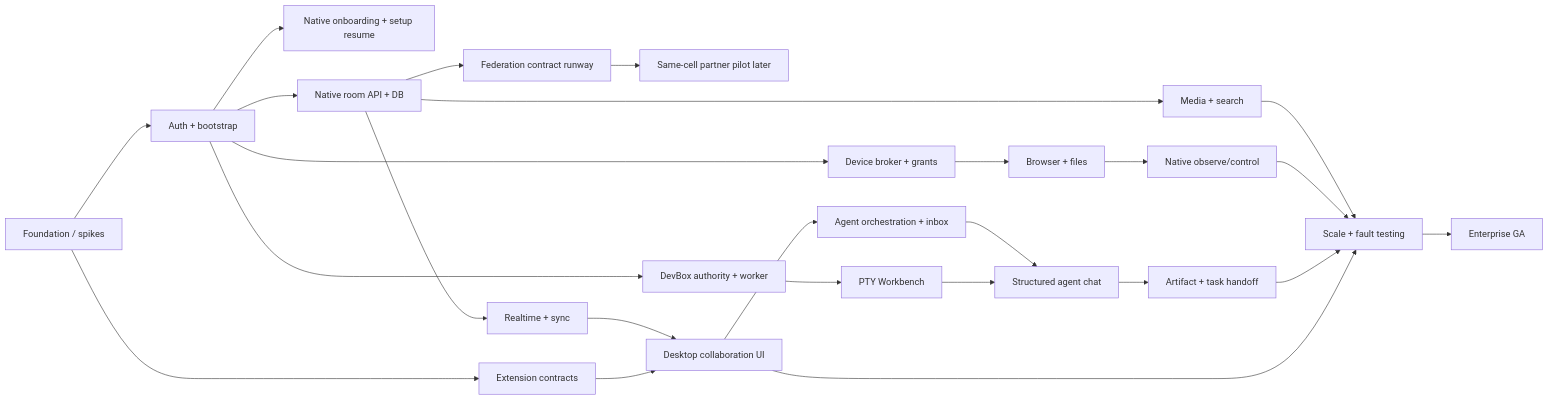
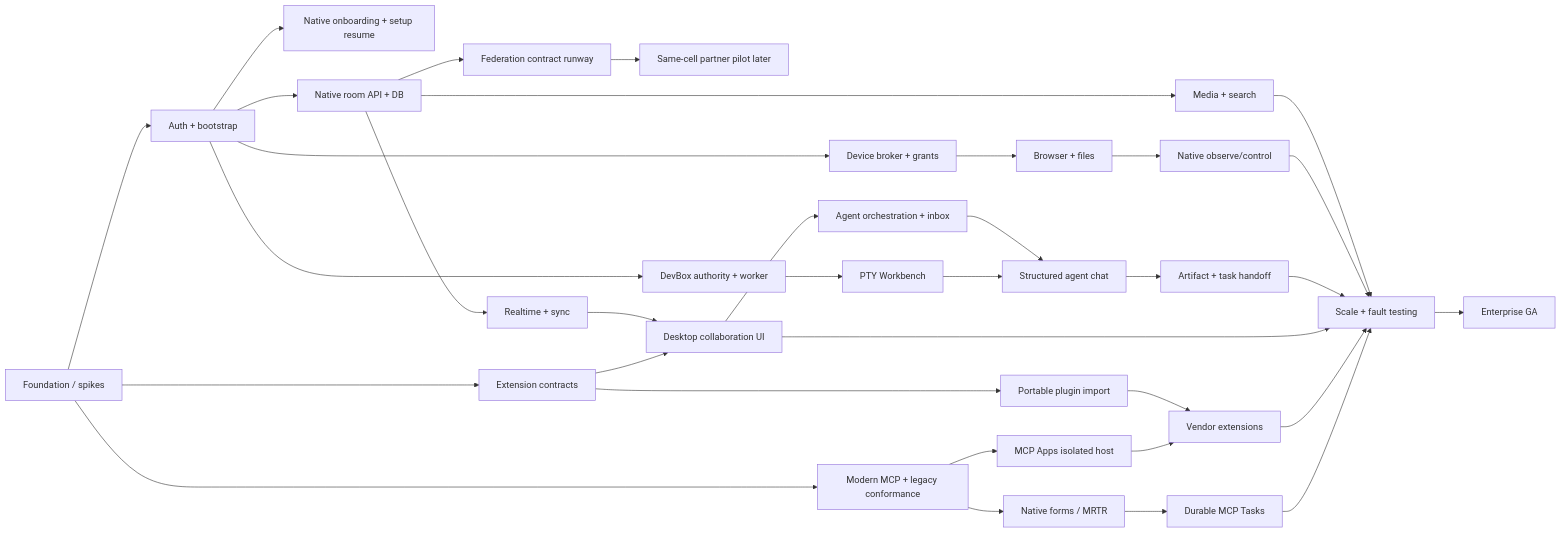
One commit to nextlevelbuilder/emree changed the diagram in plans/IMPLEMENTATION.md. Above: the diagram before and after it, drawn with Mermaid. The commit also changed other lines of this file and 19 other files, not shown here.

Commit message:
docs: establish native MCP and portable plugin compatibility

````diff
--- a/plans/IMPLEMENTATION.md
+++ b/plans/IMPLEMENTATION.md
@@ -28,27 +29,36 @@
 ```mermaid
 flowchart LR
     P0[Foundation / spikes] --> A[Auth + bootstrap]
     P0 --> S[Extension contracts]
+    P0 --> MC[Modern MCP + legacy conformance]
+    MC --> MF[Native forms / MRTR]
+    MC --> MA[MCP Apps isolated host]
+    S --> MP[Portable plugin import]
+    MF --> MT[Durable MCP Tasks]
+    MA --> ME[Vendor extensions]
+    MP --> ME
+    MT --> Q
+    ME --> Q
     A --> OB[Native onboarding + setup resume]
     A --> R[Native room API + DB]
     R --> FR[Federation contract runway]
     FR --> FP[Same-cell partner pilot later]
     R --> T[Realtime + sync]
     S --> U[Desktop collaboration UI]
     T --> U
     R --> M[Media + search]
     U --> C[Agent orchestration + inbox]
     A --> D[DevBox authority + worker]
     D --> E[PTY Workbench]
     E --> F[Structured agent chat]
     C --> F
     F --> G[Artifact + task handoff]
     A --> B[Device broker + grants]
     B --> V[Browser + files]
     V --> N[Native observe/control]
     U --> Q[Scale + fault testing]
     G --> Q
     N --> Q
     M --> Q
     Q --> Z[Enterprise GA]
 ```
````
